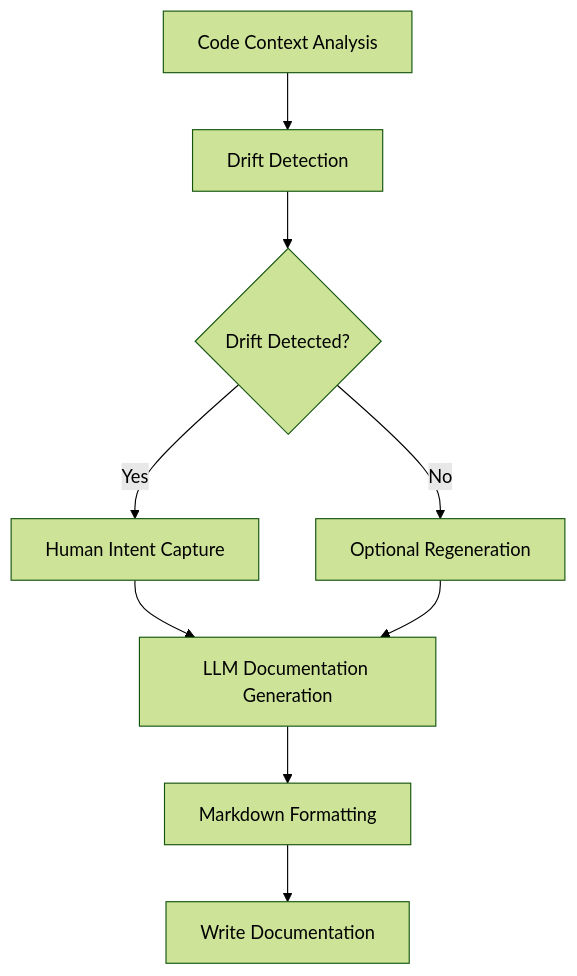
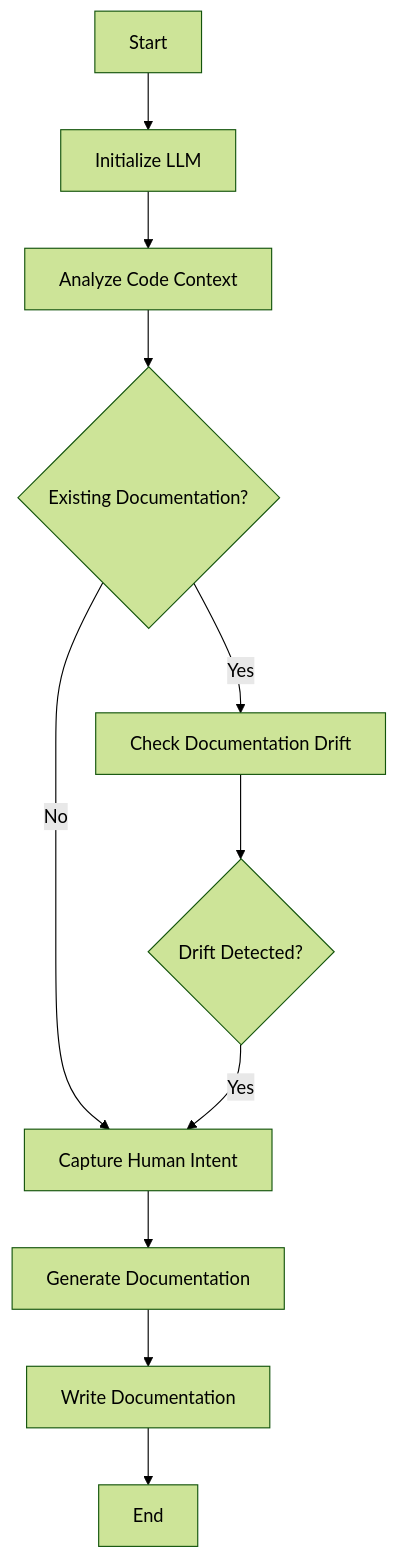
The diagram in src/README.md (mortenkrane/dokken), drawn with Mermaid (forest theme) before and after one commit. The commit also changed other lines of this file and 3 other files, not shown here.

First line of the commit message:
feat: improve prompt engineering for better documentation detail and drift detection

````diff
--- a/src/README.md
+++ b/src/README.md
@@ -19,11 +28,13 @@
 ```mermaid
 flowchart TD
-    A[Code Context Analysis] --> B[Drift Detection]
-    B --> C{Drift Detected?}
-    C -->|Yes| D[Human Intent Capture]
-    C -->|No| E[Optional Regeneration]
-    D --> F[LLM Documentation Generation]
-    E --> F
-    F --> G[Markdown Formatting]
-    G --> H[Write Documentation]
+    A[Start] --> B[Initialize LLM]
+    B --> C[Analyze Code Context]
+    C --> D{Existing Documentation?}
+    D -->|Yes| E[Check Documentation Drift]
+    D -->|No| F[Capture Human Intent]
+    E --> G{Drift Detected?}
+    G -->|Yes| F
+    F --> H[Generate Documentation]
+    H --> I[Write Documentation]
+    I --> J[End]
 ```
````
